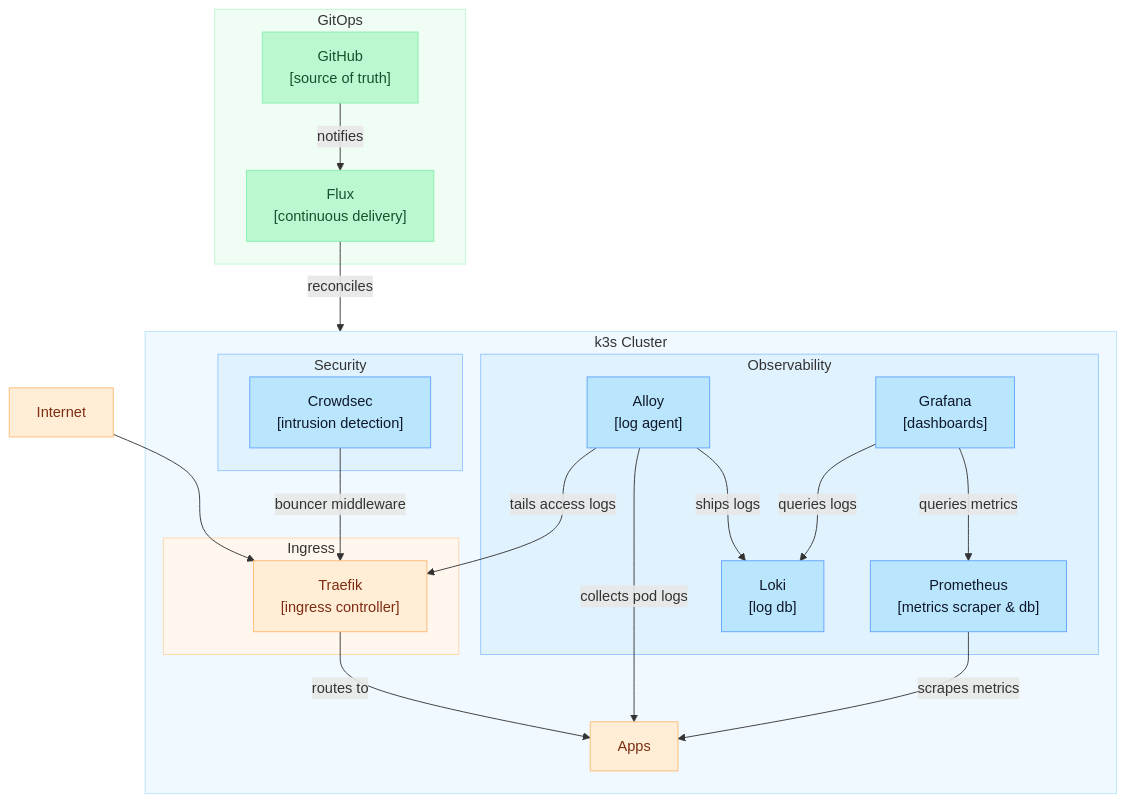
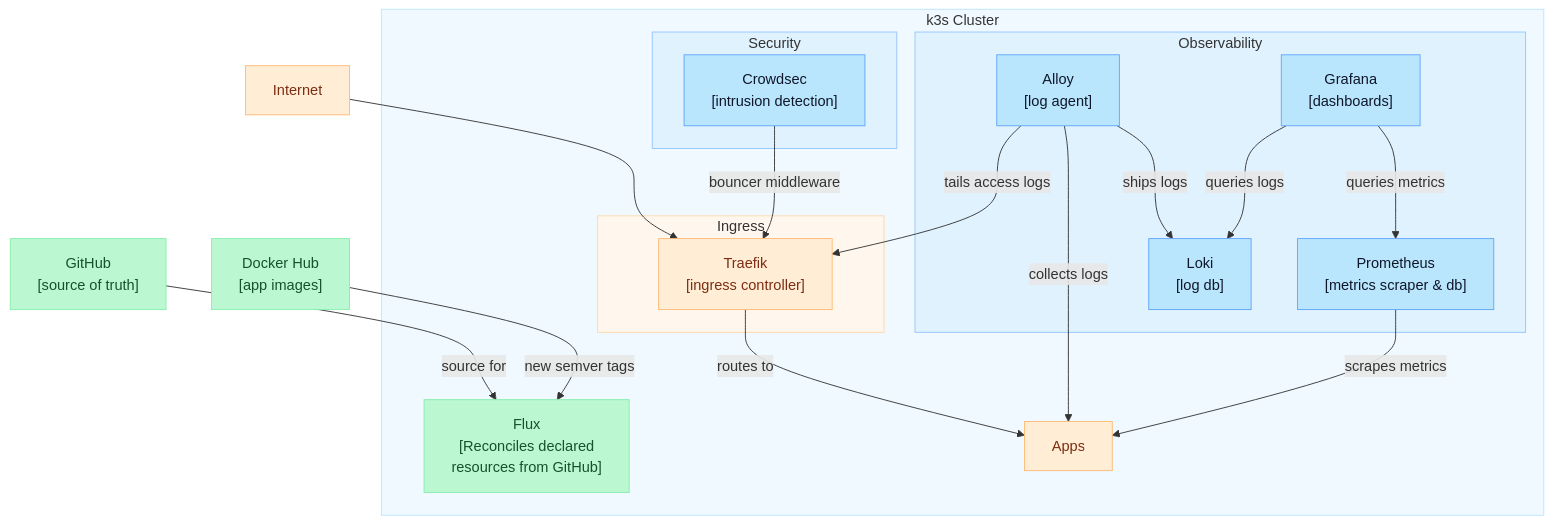
One commit to dario-mr/dockmaster changed the diagram in README.md. Above: the diagram before and after it, drawn with Mermaid. The commit also changed other lines of this file and 10 other files, not shown here.

````diff
--- a/README.md
+++ b/README.md
@@ -7,64 +7,62 @@
 ```mermaid
 %%{ init: { "flowchart": { "nodeSpacing": 50, "rankSpacing": 50 } } }%%
 flowchart TD
     Internet["Internet"]
+    GitHub["GitHub<br/>[source of truth]"]
+    DockerHub["Docker Hub<br/>[app images]"]
 
     subgraph Cluster["k3s Cluster"]
+        Flux["Flux<br/>[Reconciles declared<br/>resources from GitHub]"]
+
         subgraph Ingress["Ingress"]
             Traefik["Traefik<br/>[ingress controller]"]
         end
 
         Apps["Apps"]
 
         subgraph Observability["Observability"]
             Prometheus["Prometheus<br/>[metrics scraper & db]"]
             Alloy["Alloy<br/>[log agent]"]
             Loki["Loki<br/>[log db]"]
             Grafana["Grafana<br/>[dashboards]"]
         end
 
         subgraph Security["Security"]
             Crowdsec["Crowdsec<br/>[intrusion detection]"]
         end
     end
 
-    subgraph GitOps["GitOps"]
-        Flux["Flux<br/>[continuous delivery]"]
-        GitHub["GitHub<br/>[source of truth]"]
-    end
-
 %% traffic
     Internet --> Traefik
     Traefik -->|routes to| Apps
 %% security
     Crowdsec -->|bouncer middleware| Traefik
 %% observability
     Alloy -->|tails access logs| Traefik
-    Alloy -->|collects pod logs| Apps
+    Alloy -->|collects logs| Apps
     Alloy -->|ships logs| Loki
     Grafana -->|queries logs| Loki
 %% metrics
     Prometheus -->|scrapes metrics| Apps
     Grafana -->|queries metrics| Prometheus
 %% gitops
-    Flux -->|reconciles| Cluster
-    GitHub -->|notifies| Flux
+    GitHub -->|source for| Flux
+    DockerHub -->|new semver tags| Flux
 %% colors
     style Cluster fill: #f0f9ff, stroke: #bae6fd
     style Ingress fill: #fff7ed, stroke: #fed7aa
     style Observability fill: #e0f2fe, stroke: #93c5fd
     style Security fill: #e0f2fe, stroke: #93c5fd
-    style GitOps fill: #f0fdf4, stroke: #bbf7d0
 %% normal nodes
     classDef obs fill: #bae6fd, stroke: #60a5fa, color: #0f172a
     class Prometheus,Alloy,Loki,Grafana obs
 %% security nodes
     classDef sec fill: #bae6fd, stroke: #60a5fa, color: #0f172a
     class Crowdsec sec
 %% main-flow nodes
     classDef mainFlow fill: #ffedd5, stroke: #fdba74, color: #7c2d12
     class Internet,Traefik,Apps mainFlow
 %% gitops nodes
     classDef gitops fill: #bbf7d0, stroke: #86efac, color: #14532d
-    class Flux,GitHub gitops
+    class Flux,GitHub,DockerHub gitops
 ```
````
